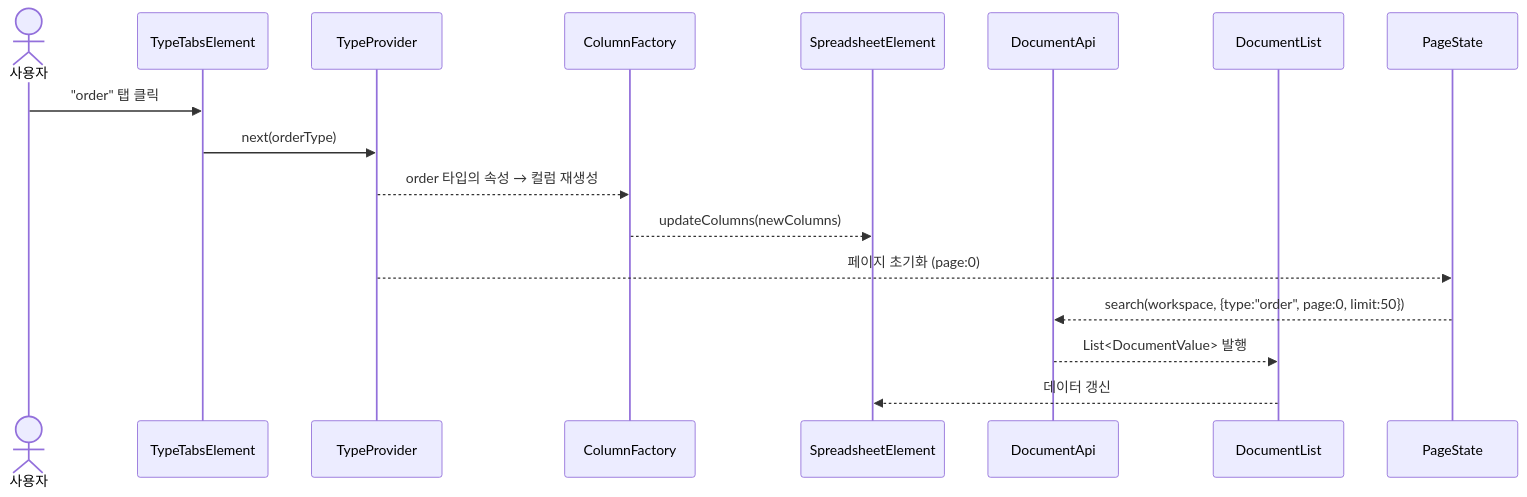
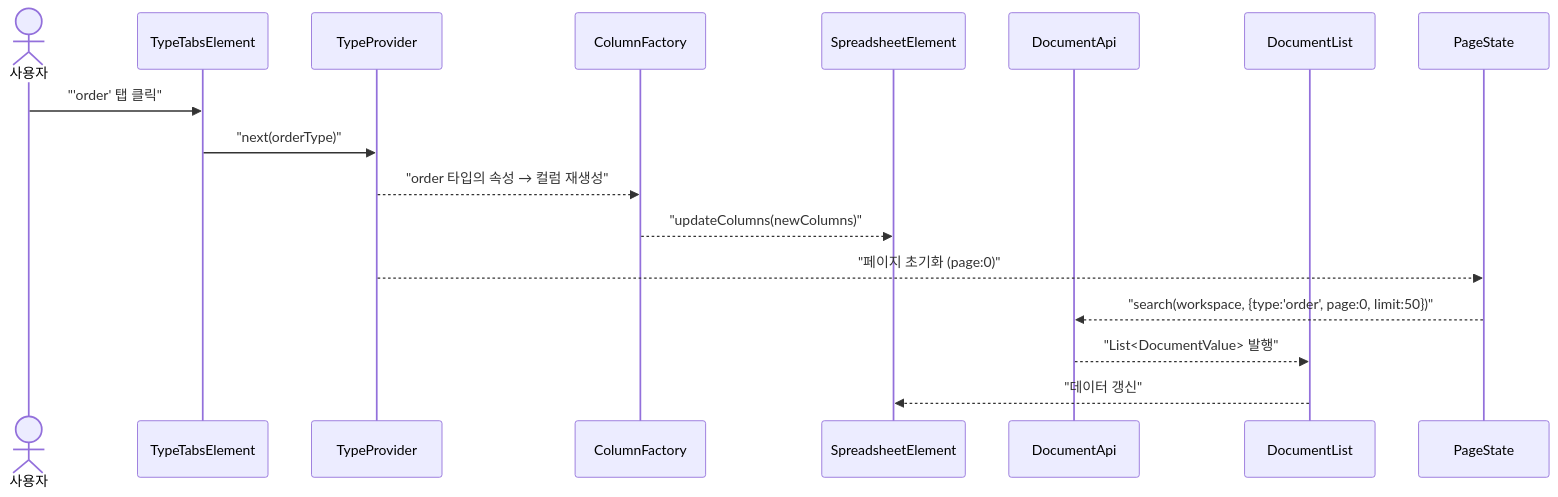
The third of 9 diagrams in document-ui/USECASE.md (sayaya1090/handbook), drawn with Mermaid before and after one commit. The commit also changed other lines of this file and 22 other files, not shown here.

First line of the commit message:
docs: Mermaid 다이어그램 렌더링 오류 수정을 위한 구문 전수 교정

````diff
--- a/document-ui/USECASE.md
+++ b/document-ui/USECASE.md
@@ -60,20 +60,20 @@
 ```mermaid
 sequenceDiagram
     actor User as 사용자
     participant Tabs as TypeTabsElement
     participant TP as TypeProvider
     participant CF as ColumnFactory
     participant Sheet as SpreadsheetElement
     participant DA as DocumentApi
     participant DL as DocumentList
     participant PS as PageState
 
-    User->>Tabs: "order" 탭 클릭
-    Tabs->>TP: next(orderType)
-    TP-->>CF: order 타입의 속성 → 컬럼 재생성
-    CF-->>Sheet: updateColumns(newColumns)
-    TP-->>PS: 페이지 초기화 (page:0)
-    PS-->>DA: search(workspace, {type:"order", page:0, limit:50})
-    DA-->>DL: List<DocumentValue> 발행
-    DL-->>Sheet: 데이터 갱신
+    User->>Tabs: "'order' 탭 클릭"
+    Tabs->>TP: "next(orderType)"
+    TP-->>CF: "order 타입의 속성 → 컬럼 재생성"
+    CF-->>Sheet: "updateColumns(newColumns)"
+    TP-->>PS: "페이지 초기화 (page:0)"
+    PS-->>DA: "search(workspace, {type:'order', page:0, limit:50})"
+    DA-->>DL: "List<DocumentValue> 발행"
+    DL-->>Sheet: "데이터 갱신"
 ```
````
